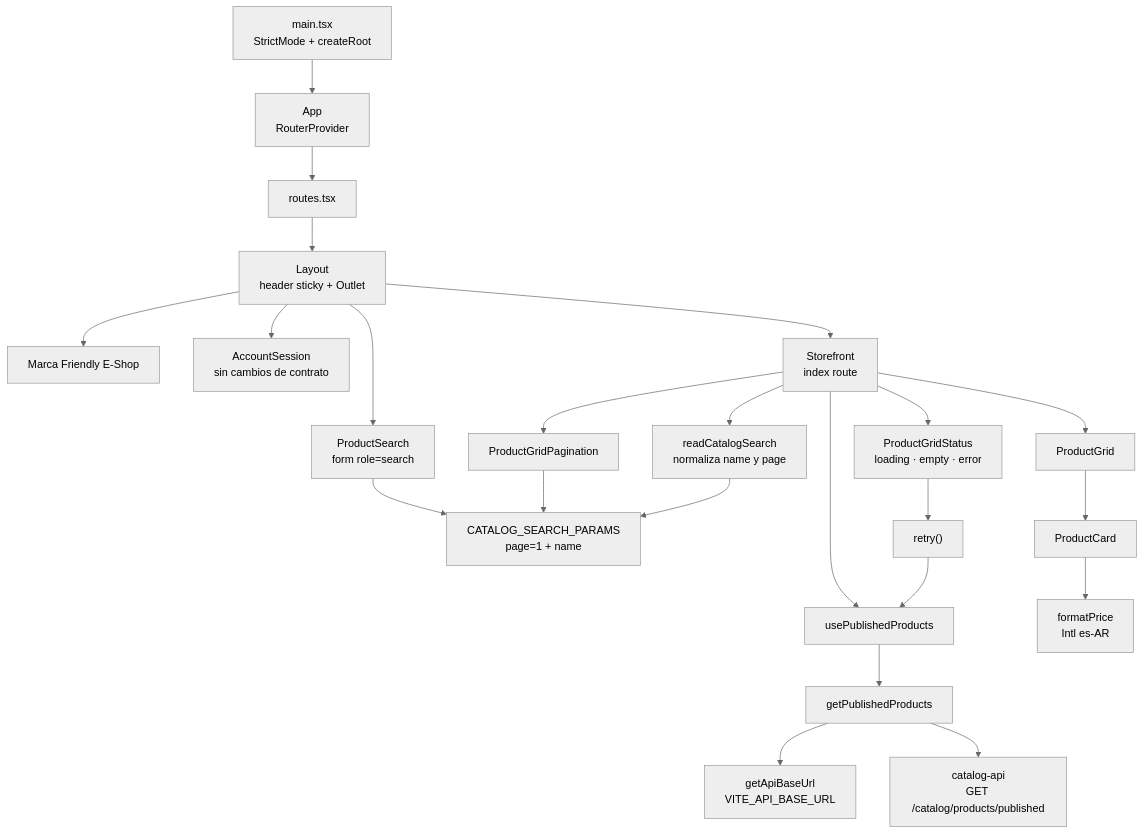
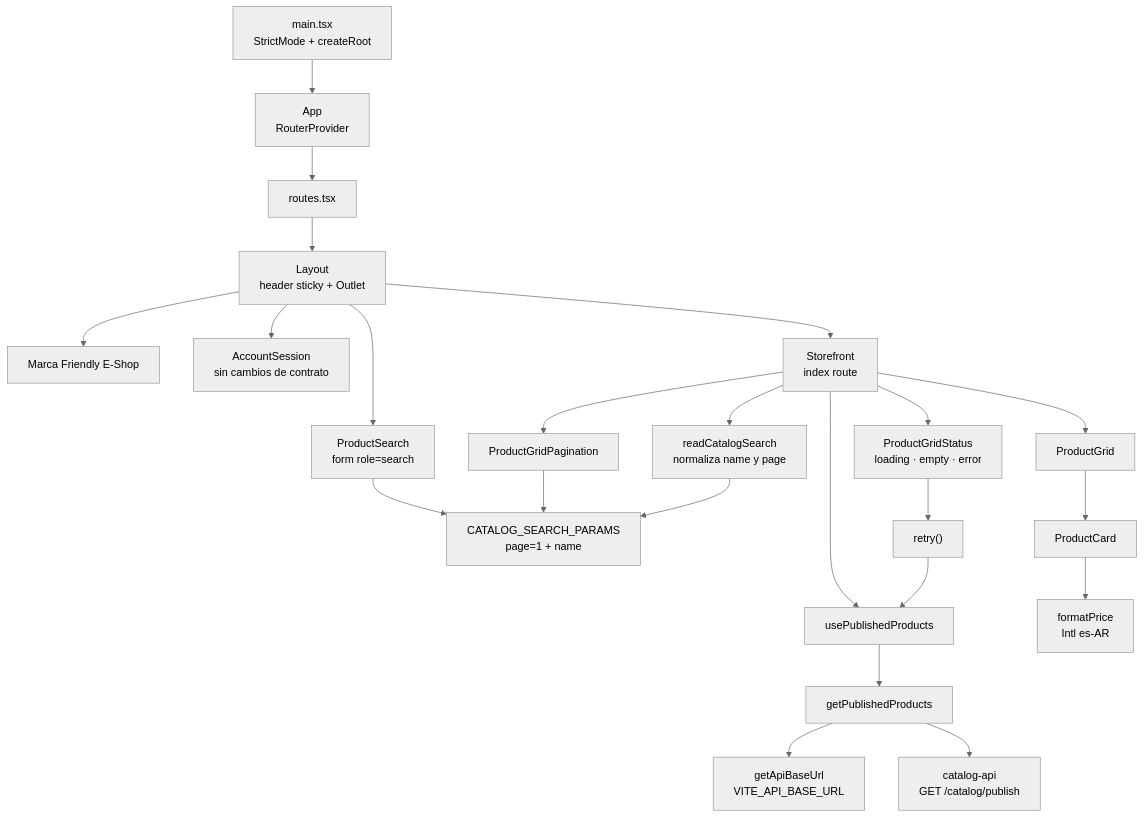
The first of 5 diagrams in specs/002-storefront-product-grid/uml.md (Dariosoft/fes-client-web), drawn with Mermaid (neutral theme) before and after one commit. The commit also changed other lines of this file and 4 other files, not shown here.

First line of the commit message:
feat: read the published products from /catalog/publish

````diff
--- a/specs/002-storefront-product-grid/uml.md
+++ b/specs/002-storefront-product-grid/uml.md
@@ -41,27 +41,27 @@
 ```mermaid
 flowchart TB
   Main["main.tsx<br/>StrictMode + createRoot"] --> App["App<br/>RouterProvider"]
   App --> Routes["routes.tsx"]
   Routes --> Layout["Layout<br/>header sticky + Outlet"]
   Layout --> Brand["Marca Friendly E-Shop"]
   Layout --> Search["ProductSearch<br/>form role=search"]
   Layout --> Account["AccountSession<br/>sin cambios de contrato"]
   Layout --> Storefront["Storefront<br/>index route"]
 
   Search --> SearchConfig["CATALOG_SEARCH_PARAMS<br/>page=1 + name"]
   Storefront --> ReadSearch["readCatalogSearch<br/>normaliza name y page"]
   Storefront --> Hook["usePublishedProducts"]
   Hook --> Client["getPublishedProducts"]
   Client --> BaseUrl["getApiBaseUrl<br/>VITE_API_BASE_URL"]
-  Client --> CatalogApi["catalog-api<br/>GET /catalog/products/published"]
+  Client --> CatalogApi["catalog-api<br/>GET /catalog/publish"]
 
   Storefront --> Grid["ProductGrid"]
   Grid --> Card["ProductCard"]
   Card --> FormatPrice["formatPrice<br/>Intl es-AR"]
   Storefront --> Pagination["ProductGridPagination"]
   Storefront --> Status["ProductGridStatus<br/>loading · empty · error"]
   Status --> Retry["retry()"]
   Retry --> Hook
   Pagination --> SearchConfig
   ReadSearch --> SearchConfig
 ```
````
